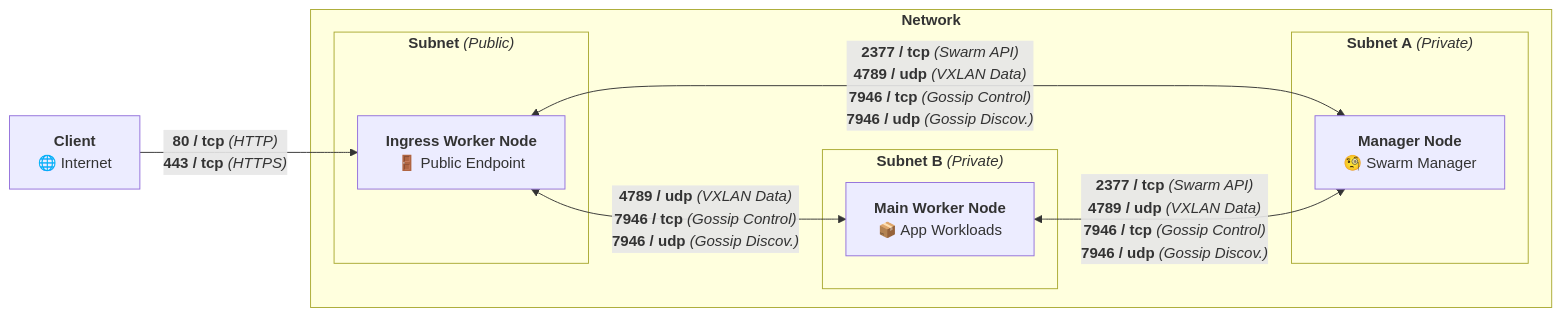
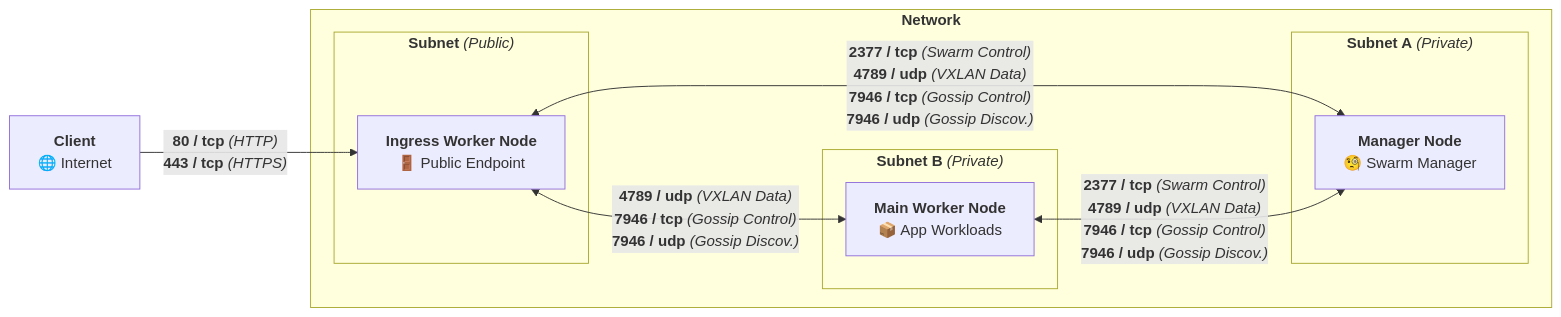
The diagram in README.md (cloud-skeleton/prerequisites), drawn with Mermaid before and after one commit.

Commit message:
Swarm API

````diff
--- a/README.md
+++ b/README.md
@@ -21,27 +21,27 @@
 ```mermaid
 graph LR
 
   external_client["<b>Client</b><br>🌐 Internet"]
 
   subgraph "<b>Network</b>"
     subgraph "<b>Subnet</b> <i>(Public)</i>"
       ingress["<b>Ingress Worker Node</b><br>🚪 Public Endpoint"]
     end
 
     subgraph "<b>Subnet A</b> <i>(Private)</i>"
       manager["<b>Manager Node</b><br>🧐 Swarm Manager"]
     end
 
     subgraph "<b>Subnet B</b> <i>(Private)</i>"
       worker["<b>Main Worker Node</b><br>📦 App Workloads"]
     end
   end
 
   external_client -->|"<b>80 / tcp</b> <i>(HTTP)</i><br><b>443 / tcp</b> <i>(HTTPS)</i>"| ingress
 
   ingress <-->|"<b>4789 / udp</b> <i>(VXLAN Data)</i><br><b>7946 / tcp</b> <i>(Gossip Control)</i><br><b>7946 / udp</b> <i>(Gossip Discov.)</i>"| worker
 
-  ingress <-->|"<b>2377 / tcp</b> <i>(Swarm API)</i><br><b>4789 / udp</b> <i>(VXLAN Data)</i><br><b>7946 / tcp</b> <i>(Gossip Control)</i><br><b>7946 / udp</b> <i>(Gossip Discov.)</i>"| manager
+  ingress <-->|"<b>2377 / tcp</b> <i>(Swarm Control)</i><br><b>4789 / udp</b> <i>(VXLAN Data)</i><br><b>7946 / tcp</b> <i>(Gossip Control)</i><br><b>7946 / udp</b> <i>(Gossip Discov.)</i>"| manager
 
-  worker <-->|"<b>2377 / tcp</b> <i>(Swarm API)</i><br><b>4789 / udp</b> <i>(VXLAN Data)</i><br><b>7946 / tcp</b> <i>(Gossip Control)</i><br><b>7946 / udp</b> <i>(Gossip Discov.)</i>"| manager
+  worker <-->|"<b>2377 / tcp</b> <i>(Swarm Control)</i><br><b>4789 / udp</b> <i>(VXLAN Data)</i><br><b>7946 / tcp</b> <i>(Gossip Control)</i><br><b>7946 / udp</b> <i>(Gossip Discov.)</i>"| manager
 ```
````
